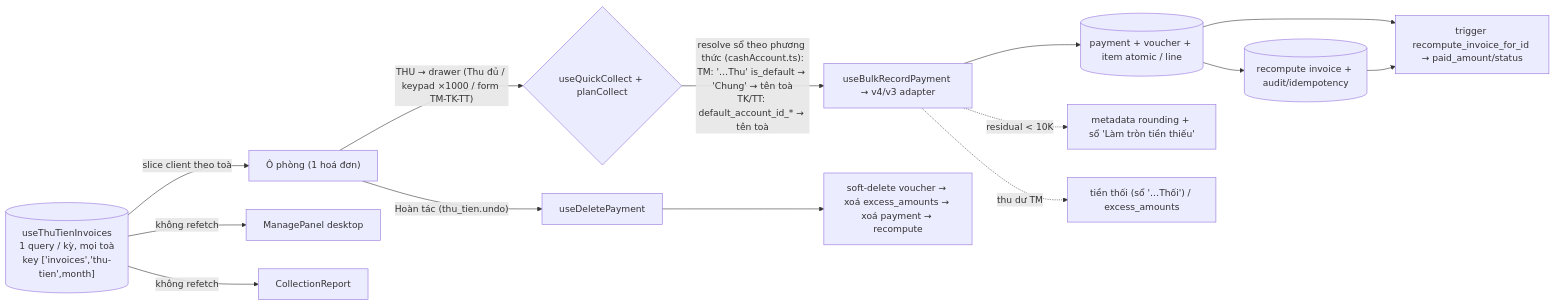
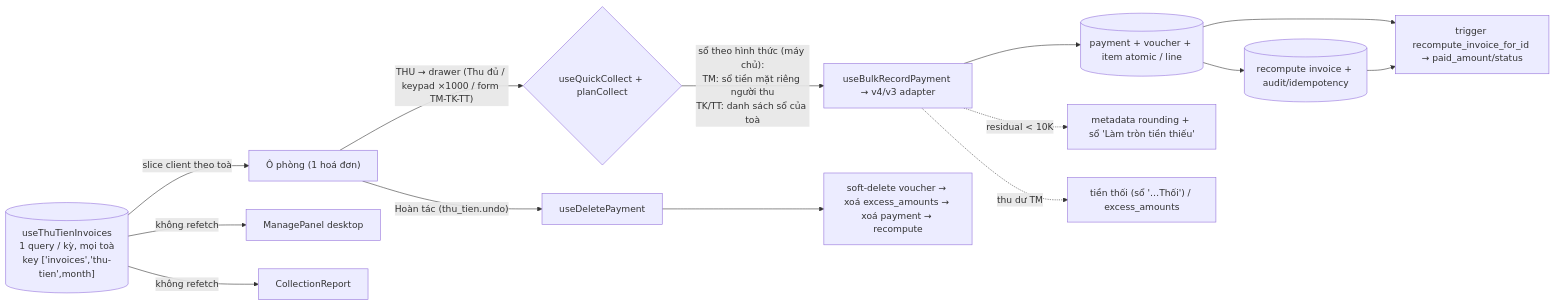
One commit to zxGreenxz/whiteboard-ihomecrm changed the fourth of 4 diagrams in docs/he-thong/15-kenh-cong-khai-sale-thu-tien.md. Above: the diagram before and after it, drawn with Mermaid. The commit also changed other lines of this file and 117 other files, not shown here.

````diff
--- a/docs/he-thong/15-kenh-cong-khai-sale-thu-tien.md
+++ b/docs/he-thong/15-kenh-cong-khai-sale-thu-tien.md
@@ -445,15 +445,15 @@
 ```mermaid
 flowchart LR
     Q[("useThuTienInvoices\n1 query / kỳ, mọi toà\nkey ['invoices','thu-tien',month]")] -->|slice client theo toà| A["Ô phòng (1 hoá đơn)"]
     Q -->|không refetch| MP[ManagePanel desktop]
     Q -->|không refetch| CR[CollectionReport]
     A -->|"THU → drawer (Thu đủ / keypad ×1000 / form TM-TK-TT)"| C{useQuickCollect + planCollect}
-    C -->|"resolve sổ theo phương thức (cashAccount.ts):\nTM: '…Thu' is_default → 'Chung' → tên toà\nTK/TT: default_account_id_* → tên toà"| D["useBulkRecordPayment → v4/v3 adapter"]
+    C -->|"sổ theo hình thức (máy chủ):\nTM: sổ tiền mặt riêng người thu\nTK/TT: danh sách sổ của toà"| D["useBulkRecordPayment → v4/v3 adapter"]
     D --> E[("payment + voucher + item atomic / line")]
     E --> F[("recompute invoice + audit/idempotency")]
     D -.->|"residual < 10K"| G["metadata rounding + sổ 'Làm tròn tiền thiếu'"]
     D -.->|"thu dư TM"| K["tiền thối (sổ '…Thối') / excess_amounts"]
     E & F --> H["trigger recompute_invoice_for_id → paid_amount/status"]
     A -->|"Hoàn tác (thu_tien.undo)"| I[useDeletePayment]
     I --> J["soft-delete voucher → xoá excess_amounts → xoá payment → recompute"]
 ```
````
